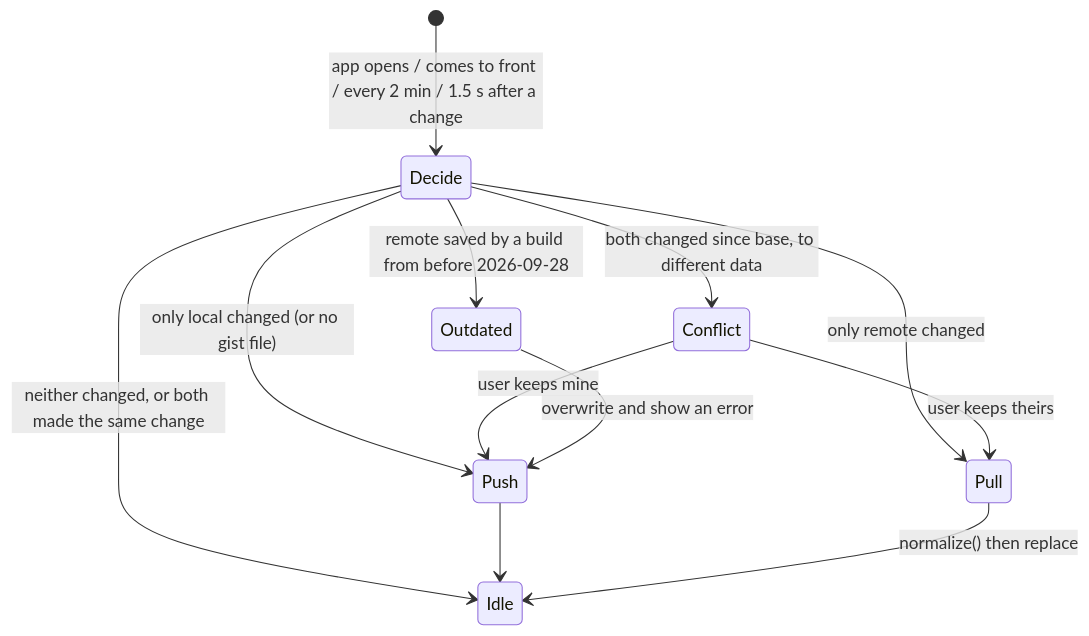
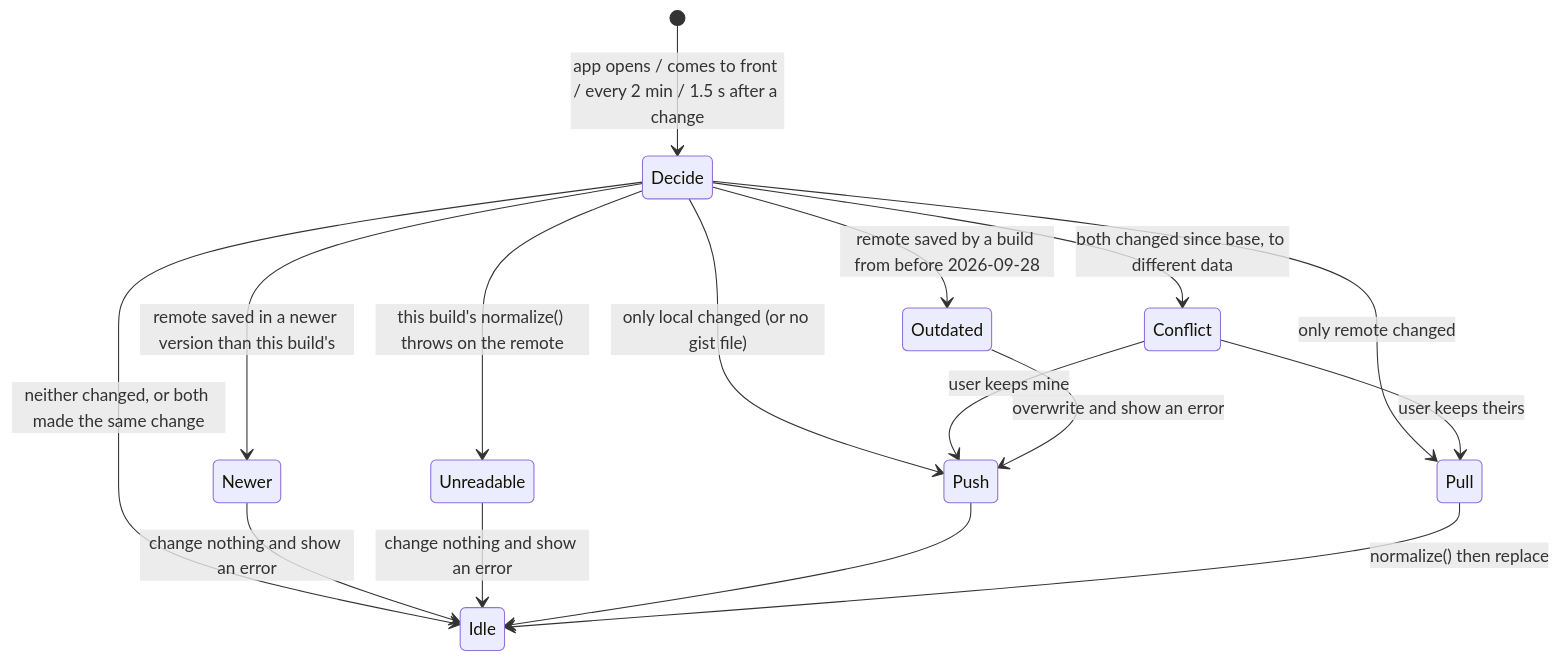
One commit to Simba3696/mkmax changed the third of 3 diagrams in docs/architecture.md. Above: the diagram before and after it, drawn with Mermaid. The commit also changed other lines of this file and 15 other files, not shown here.

First line of the commit message:
Keep sync from losing edits when device clocks differ, keep unreadable saves, stop old builds syncing or importing newer data, and ask the browser to keep the data

````diff
--- a/docs/architecture.md
+++ b/docs/architecture.md
@@ -76,14 +76,18 @@
 ```mermaid
 stateDiagram-v2
   [*] --> Decide: app opens / comes to front / every 2 min / 1.5 s after a change
   Decide --> Push: only local changed (or no gist file)
   Decide --> Pull: only remote changed
   Decide --> Conflict: both changed since base, to different data
   Decide --> Outdated: remote saved by a build from before 2026-09-28
+  Decide --> Newer: remote saved in a newer version than this build's
   Decide --> Idle: neither changed, or both made the same change
   Conflict --> Push: user keeps mine
   Conflict --> Pull: user keeps theirs
   Outdated --> Push: overwrite and show an error
+  Newer --> Idle: change nothing and show an error
+  Decide --> Unreadable: this build's normalize() throws on the remote
+  Unreadable --> Idle: change nothing and show an error
   Push --> Idle
   Pull --> Idle: normalize() then replace
 ```
````
